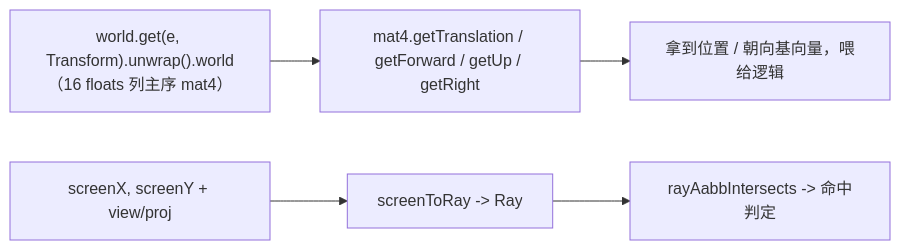
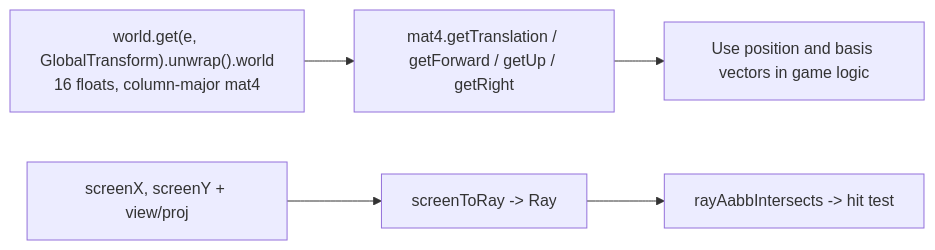
Before and after one commit to ForgeaX-Games/forgeax-editor: the diagram in packages/engine/skills/forgeax-engine-math/SKILL.md, drawn with Mermaid. The commit also changed other lines of this file and 7023 other files, not shown here.

````diff
--- a/packages/engine/skills/forgeax-engine-math/SKILL.md
+++ b/packages/engine/skills/forgeax-engine-math/SKILL.md
@@ -44,7 +44,7 @@
 ```mermaid
 flowchart LR
-  T["world.get(e, Transform).unwrap().world<br/>（16 floats 列主序 mat4）"] --> G["mat4.getTranslation / getForward / getUp / getRight"]
-  G --> P["拿到位置 / 朝向基向量，喂给逻辑"]
+  T["world.get(e, GlobalTransform).unwrap().world<br/>16 floats, column-major mat4"] --> G["mat4.getTranslation / getForward / getUp / getRight"]
+  G --> P["Use position and basis vectors in game logic"]
   S["screenX, screenY + view/proj"] --> R["screenToRay -> Ray"]
-  R --> H["rayAabbIntersects -> 命中判定"]
+  R --> H["rayAabbIntersects -> hit test"]
 ```
````
